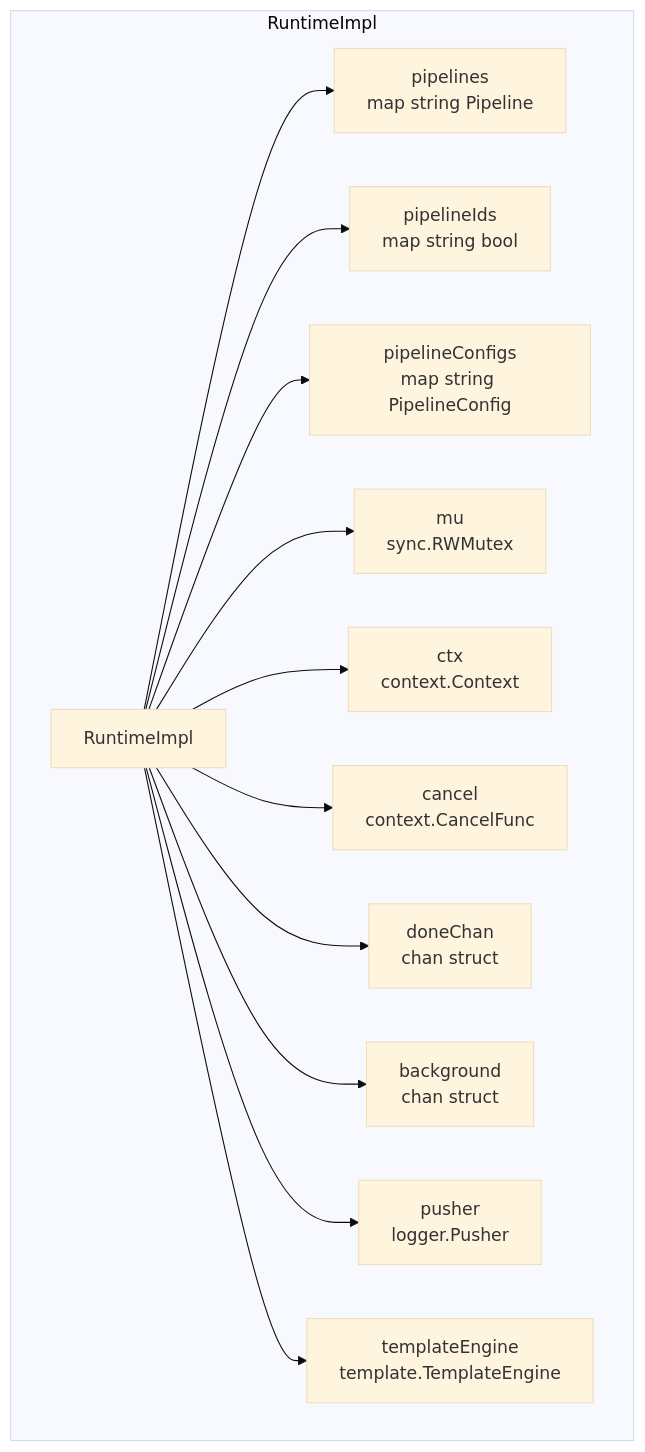
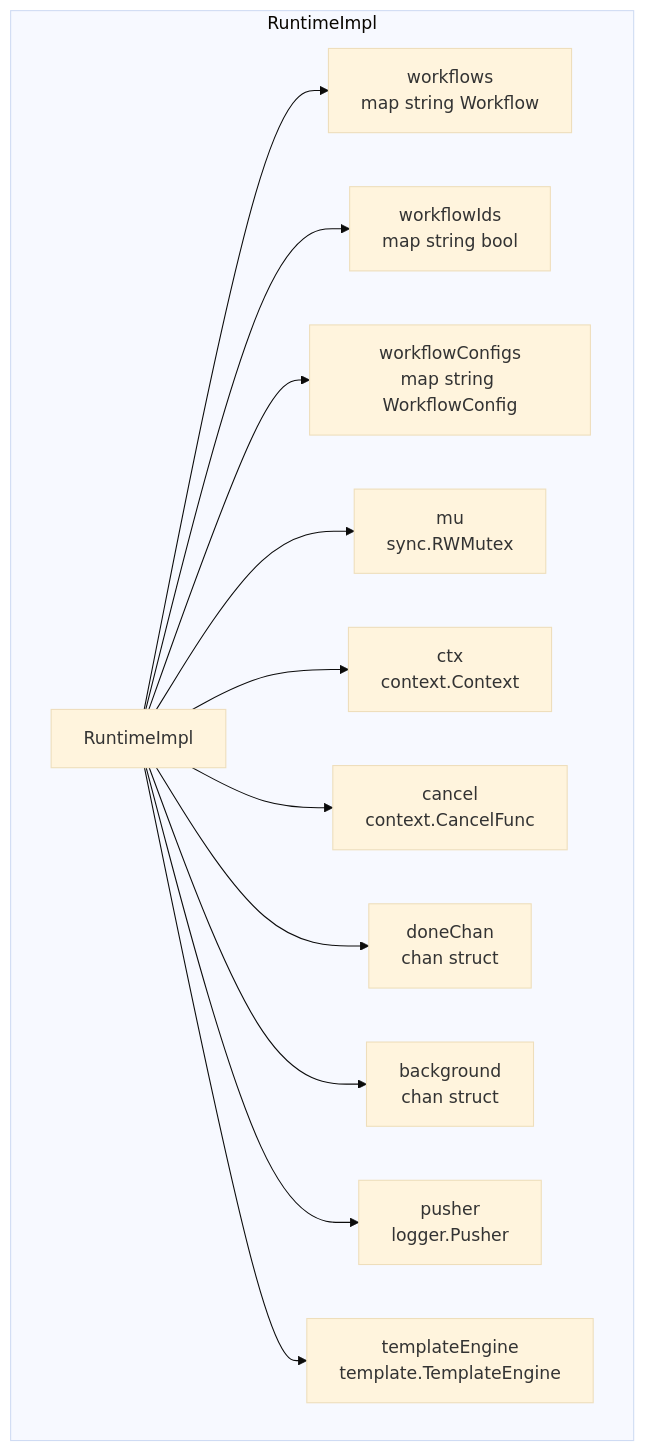
Before and after one commit to LerkoX/flowx: the second of 12 diagrams in FLOWS.md, drawn with Mermaid (base theme). The commit also changed other lines of this file and 99 other files, not shown here.

First line of the commit message:
refactor: Pipeline 统一更名为 Workflow

````diff
--- a/FLOWS.md
+++ b/FLOWS.md
@@ -23,15 +23,15 @@
 ```mermaid
 flowchart TD
     subgraph runtime_impl["RuntimeImpl"]
-    A[RuntimeImpl] --> B[pipelines<br/>map string Pipeline]
-    A --> C[pipelineIds<br/>map string bool]
-    A --> D[pipelineConfigs<br/>map string PipelineConfig]
+    A[RuntimeImpl] --> B[workflows<br/>map string Workflow]
+    A --> C[workflowIds<br/>map string bool]
+    A --> D[workflowConfigs<br/>map string WorkflowConfig]
     A --> E[mu<br/>sync.RWMutex]
     A --> F[ctx<br/>context.Context]
     A --> G[cancel<br/>context.CancelFunc]
     A --> H[doneChan<br/>chan struct]
     A --> I[background<br/>chan struct]
     A --> J[pusher<br/>logger.Pusher]
     A --> K[templateEngine<br/>template.TemplateEngine]
     end
 ```
````
